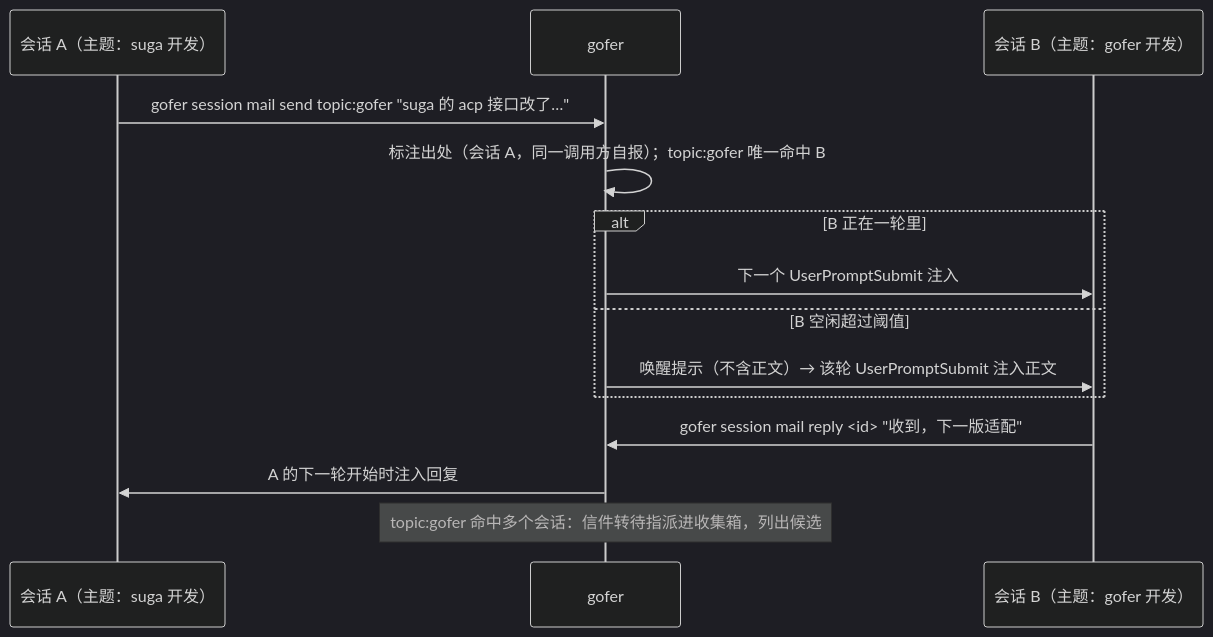
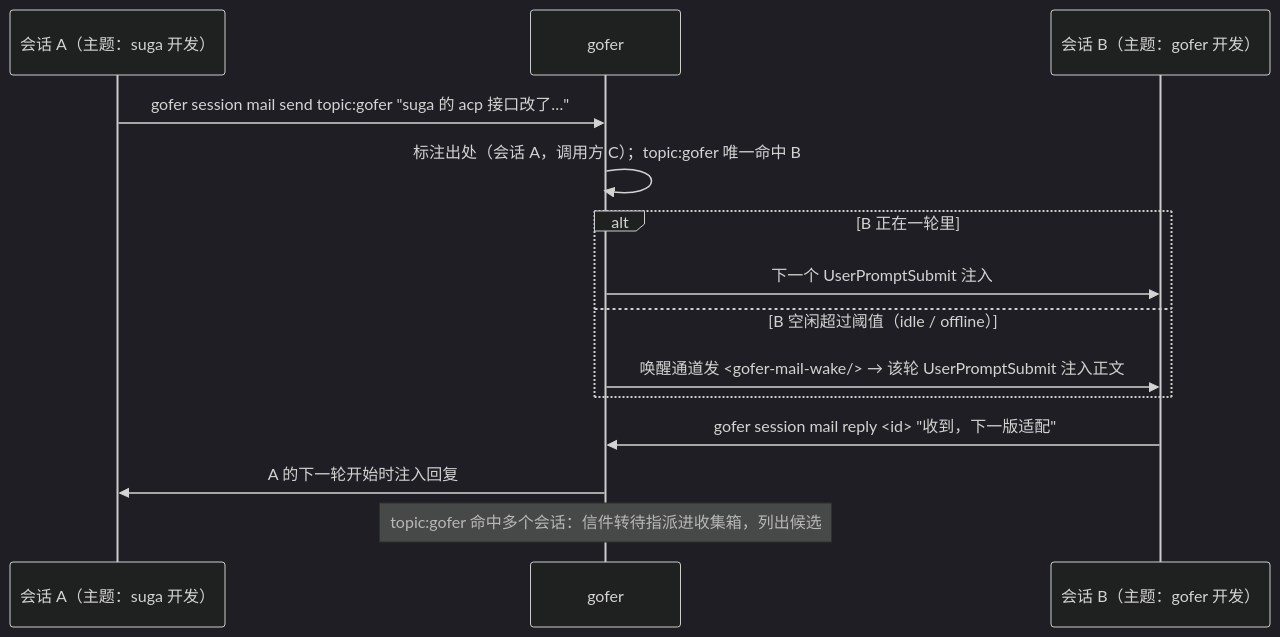
The third of 3 diagrams in docs/design/2026-10-16-session-topics-mailbox-and-inbox-design.md (inhere/gofer), drawn with Mermaid (dark theme) before and after one commit. The commit also changed other lines of this file, not shown here.

````diff
--- a/docs/design/2026-10-16-session-topics-mailbox-and-inbox-design.md
+++ b/docs/design/2026-10-16-session-topics-mailbox-and-inbox-design.md
@@ -274,16 +296,16 @@
 ```mermaid
 sequenceDiagram
   participant A as 会话 A（主题：suga 开发）
   participant G as gofer
   participant B as 会话 B（主题：gofer 开发）
   A->>G: gofer session mail send topic:gofer "suga 的 acp 接口改了…"
-  G->>G: 标注出处（会话 A，同一调用方自报）；topic:gofer 唯一命中 B
+  G->>G: 标注出处（会话 A，调用方 C）；topic:gofer 唯一命中 B
   alt B 正在一轮里
     G->>B: 下一个 UserPromptSubmit 注入
-  else B 空闲超过阈值
-    G->>B: 唤醒提示（不含正文）→ 该轮 UserPromptSubmit 注入正文
+  else B 空闲超过阈值（idle / offline）
+    G->>B: 唤醒通道发 <gofer-mail-wake/> → 该轮 UserPromptSubmit 注入正文
   end
   B->>G: gofer session mail reply <id> "收到，下一版适配"
   G->>A: A 的下一轮开始时注入回复
   Note over G: topic:gofer 命中多个会话：信件转待指派进收集箱，列出候选
 ```
````
